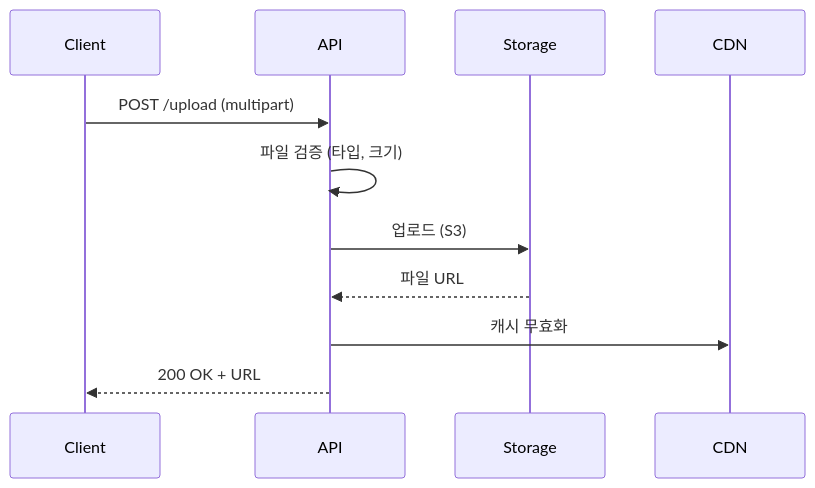
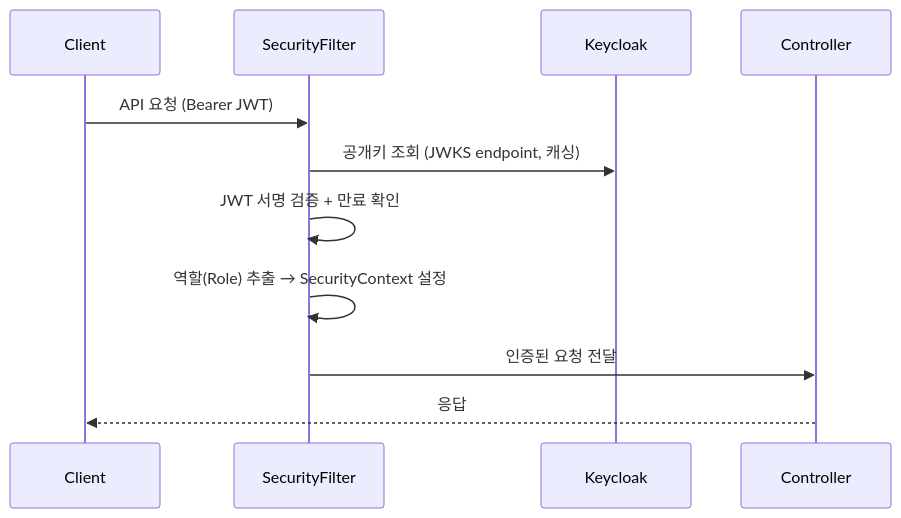
One commit to kost0806/ci-hub changed the second of 7 diagrams in docs/hld/components.md. Above: the diagram before and after it, drawn with Mermaid. The commit also changed other lines of this file and 6 other files, not shown here.

````diff
--- a/docs/hld/components.md
+++ b/docs/hld/components.md
@@ -274,14 +159,14 @@
 ```mermaid
 sequenceDiagram
     participant Client
-    participant API
-    participant Storage
-    participant CDN
+    participant Filter as SecurityFilter
+    participant KC as Keycloak
+    participant Controller
 
-    Client->>API: POST /upload (multipart)
-    API->>API: 파일 검증 (타입, 크기)
-    API->>Storage: 업로드 (S3)
-    Storage-->>API: 파일 URL
-    API->>CDN: 캐시 무효화
-    API-->>Client: 200 OK + URL
+    Client->>Filter: API 요청 (Bearer JWT)
+    Filter->>KC: 공개키 조회 (JWKS endpoint, 캐싱)
+    Filter->>Filter: JWT 서명 검증 + 만료 확인
+    Filter->>Filter: 역할(Role) 추출 → SecurityContext 설정
+    Filter->>Controller: 인증된 요청 전달
+    Controller-->>Client: 응답
 ```
````
